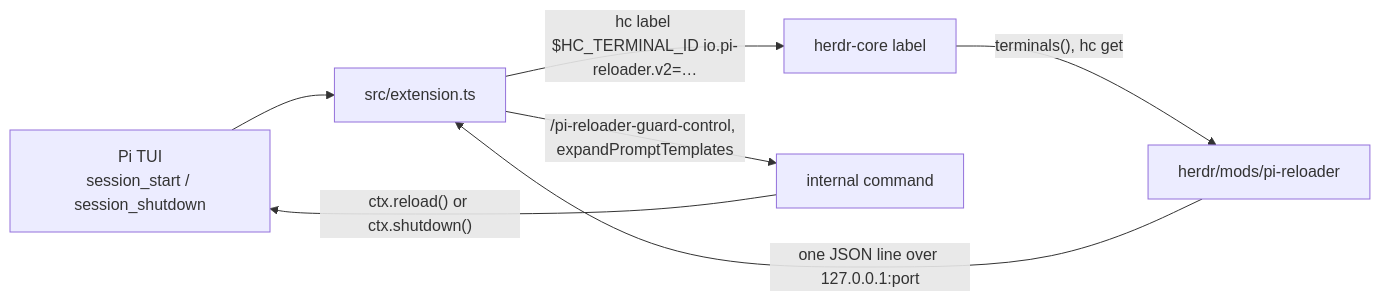
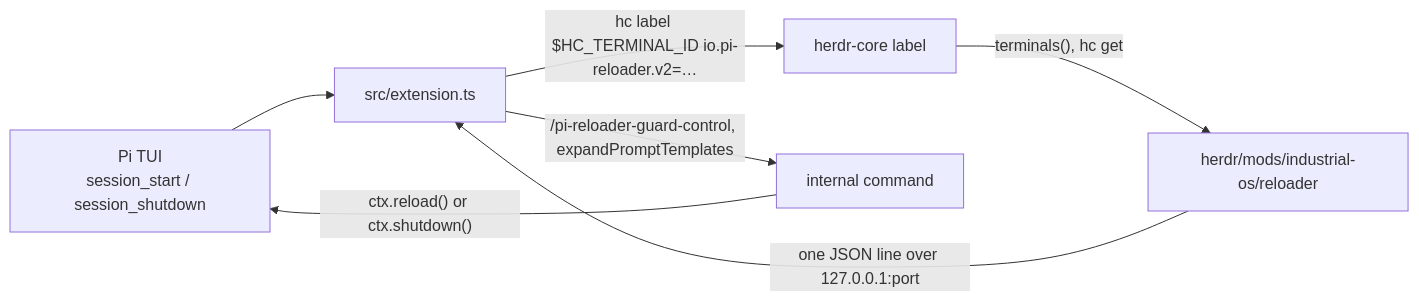
One commit to jigenator/industrial-os changed the diagram in pi/reloader-guard/docs/architecture.md. Above: the diagram before and after it, drawn with Mermaid. The commit also changed other lines of this file and 66 other files, not shown here.

````diff
--- a/pi/reloader-guard/docs/architecture.md
+++ b/pi/reloader-guard/docs/architecture.md
@@ -14,9 +14,9 @@
 ```mermaid
 flowchart LR
     Pi["Pi TUI<br/>session_start / session_shutdown"] --> Guard["src/extension.ts"]
     Guard -->|"hc label $HC_TERMINAL_ID io.pi-reloader.v2=…"| Core["herdr-core label"]
-    Core -->|"terminals(), hc get"| Mod["herdr/mods/pi-reloader"]
+    Core -->|"terminals(), hc get"| Mod["herdr/mods/industrial-os/reloader"]
     Mod -->|"one JSON line over 127.0.0.1:port"| Guard
     Guard -->|"/pi-reloader-guard-control, expandPromptTemplates"| Cmd["internal command"]
     Cmd -->|"ctx.reload() or ctx.shutdown()"| Pi
 ```
````
